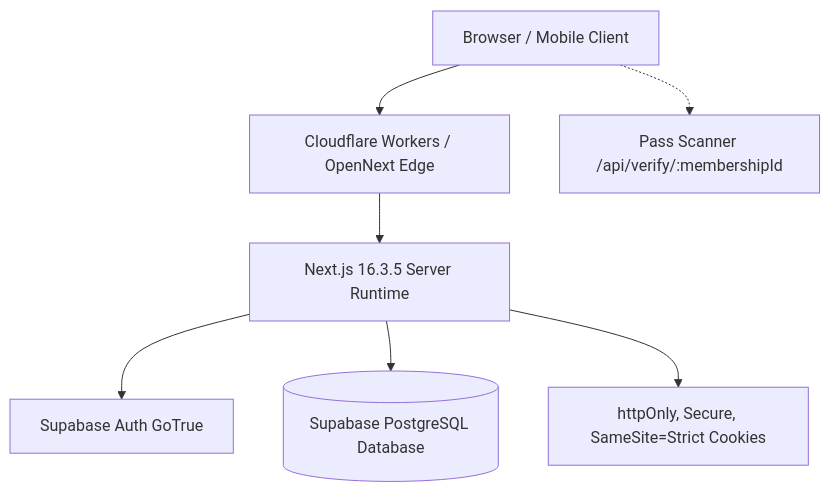
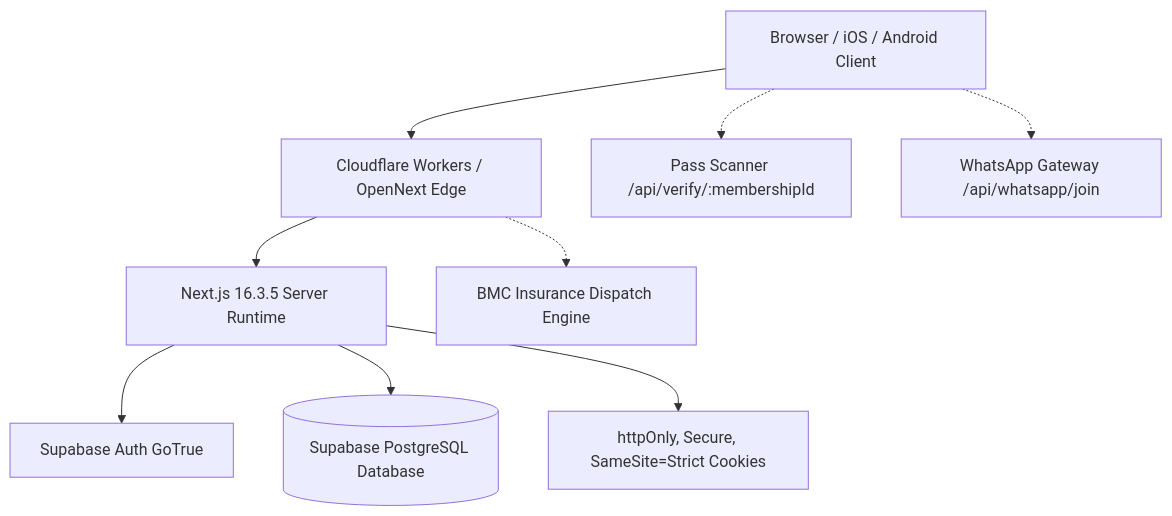
The diagram in SESSION_HANDOVER.md (RemTypes/kclmc-portal), drawn with Mermaid before and after one commit. The commit also changed other lines of this file, not shown here.

Commit message:
docs: update comprehensive session handover guide with latest releases and architecture

````diff
--- a/SESSION_HANDOVER.md
+++ b/SESSION_HANDOVER.md
@@ -37,9 +53,11 @@
 ```mermaid
 graph TD
-    Client[Browser / Mobile Client] --> Edge[Cloudflare Workers / OpenNext Edge]
+    Client[Browser / iOS / Android Client] --> Edge[Cloudflare Workers / OpenNext Edge]
     Edge --> SSR[Next.js 16.3.5 Server Runtime]
     SSR --> SupabaseAuth[Supabase Auth GoTrue]
     SSR --> SupabaseDB[(Supabase PostgreSQL Database)]
     SSR --> Cookies[httpOnly, Secure, SameSite=Strict Cookies]
     Client -.-> Scanner[Pass Scanner /api/verify/:membershipId]
+    Client -.-> WAGateway[WhatsApp Gateway /api/whatsapp/join]
+    Edge -.-> BMCEngine[BMC Insurance Dispatch Engine]
 ```
````
